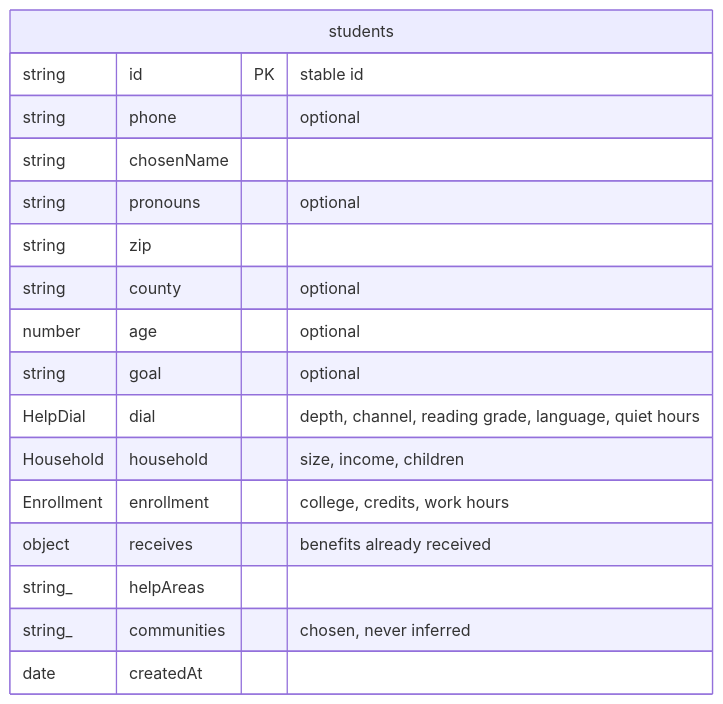
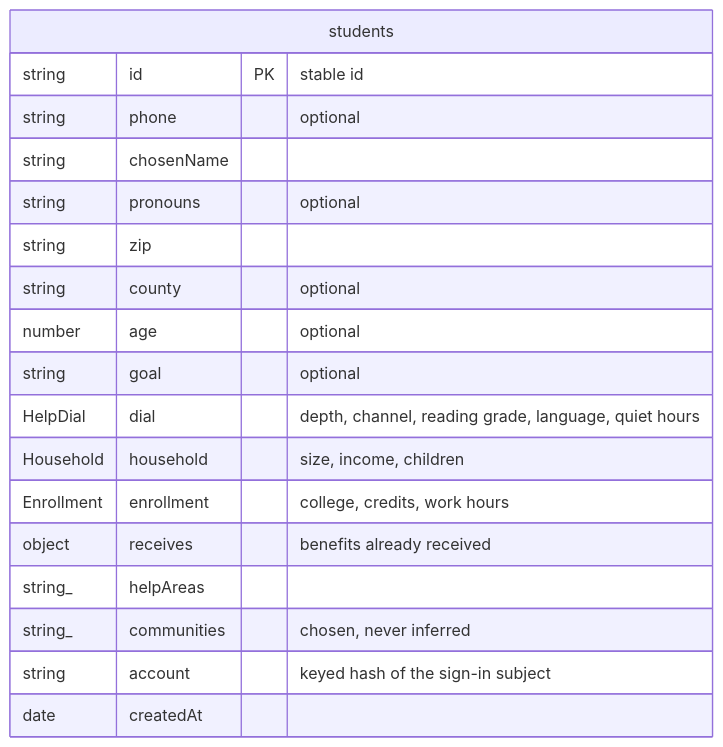
Before and after one commit to russlittle/ZTHR: the first of 7 diagrams in docs/data-model.md, drawn with Mermaid. The commit also changed 14 other files, not shown here.

````diff
--- a/docs/data-model.md
+++ b/docs/data-model.md
@@ -11,20 +11,21 @@
 ```mermaid
 erDiagram
   students {
     string id PK "stable id"
     string phone "optional"
     string chosenName
     string pronouns "optional"
     string zip
     string county "optional"
     number age "optional"
     string goal "optional"
     HelpDial dial "depth, channel, reading grade, language, quiet hours"
     Household household "size, income, children"
     Enrollment enrollment "college, credits, work hours"
     object receives "benefits already received"
     string_ helpAreas
     string_ communities "chosen, never inferred"
+    string account "keyed hash of the sign-in subject"
     date createdAt
   }
 ```
````
